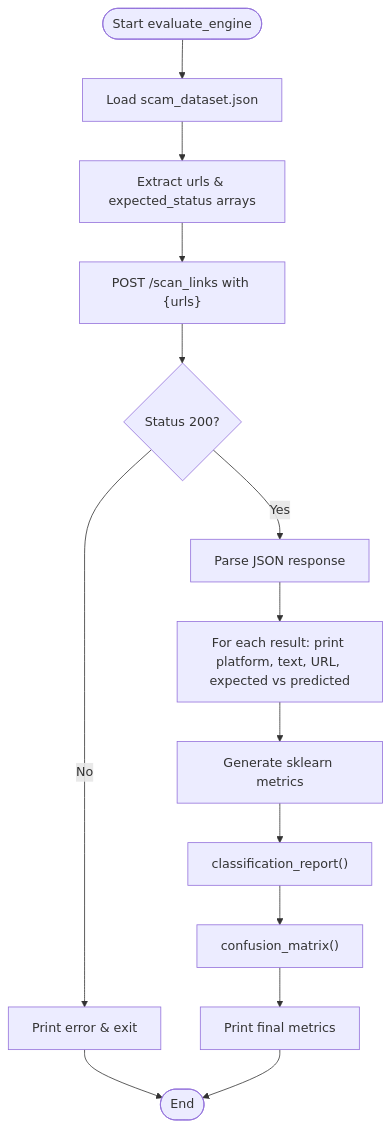
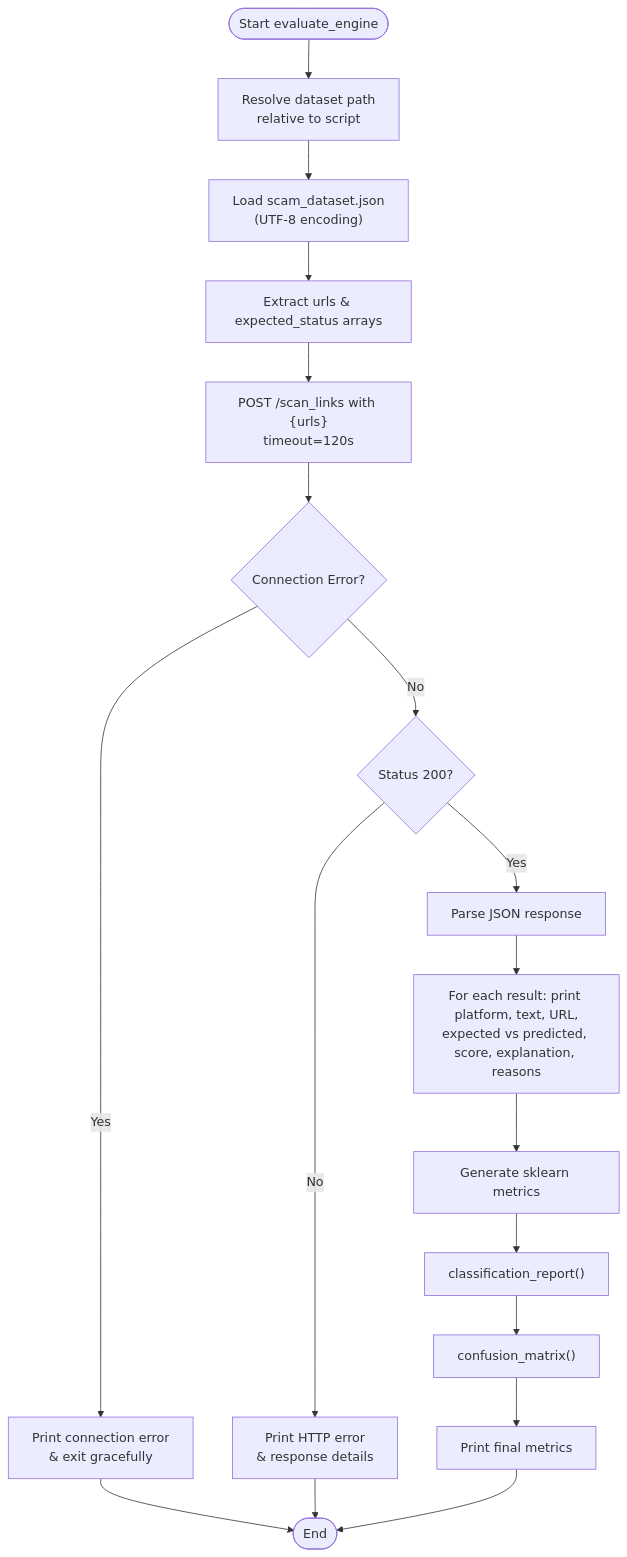
The third of 6 diagrams in .qoder/repowiki/en/content/Evaluation and Testing Framework.md (Aymanaahh/scrollguard-ai), drawn with Mermaid before and after one commit. The commit also changed other lines of this file and 18 other files, not shown here.

````diff
--- a/.qoder/repowiki/en/content/Evaluation and Testing Framework.md
+++ b/.qoder/repowiki/en/content/Evaluation and Testing Framework.md
@@ -151,16 +163,20 @@
 ```mermaid
 flowchart TD
-Start(["Start evaluate_engine"]) --> Load["Load scam_dataset.json"]
+Start(["Start evaluate_engine"]) --> ResolvePath["Resolve dataset path<br/>relative to script"]
+ResolvePath --> Load["Load scam_dataset.json<br/>(UTF-8 encoding)"]
 Load --> Extract["Extract urls & expected_status arrays"]
-Extract --> BatchReq["POST /scan_links with {urls}"]
-BatchReq --> StatusOK{"Status 200?"}
-StatusOK --> |No| Error["Print error & exit"]
+Extract --> BatchReq["POST /scan_links with {urls}<br/>timeout=120s"]
+BatchReq --> ConnError{"Connection Error?"}
+ConnError --> |Yes| HandleConnErr["Print connection error<br/>& exit gracefully"]
+ConnError --> |No| StatusOK{"Status 200?"}
+StatusOK --> |No| HandleHttpErr["Print HTTP error<br/>& response details"]
 StatusOK --> |Yes| Parse["Parse JSON response"]
-Parse --> PerSample["For each result: print platform, text, URL, expected vs predicted"]
+Parse --> PerSample["For each result: print platform, text, URL,<br/>expected vs predicted, score, explanation, reasons"]
 PerSample --> Metrics["Generate sklearn metrics"]
 Metrics --> ClassReport["classification_report()"]
 ClassReport --> ConfMatrix["confusion_matrix()"]
 ConfMatrix --> Output["Print final metrics"]
-Error --> End(["End"])
+HandleConnErr --> End(["End"])
+HandleHttpErr --> End
 Output --> End
 ```
````
